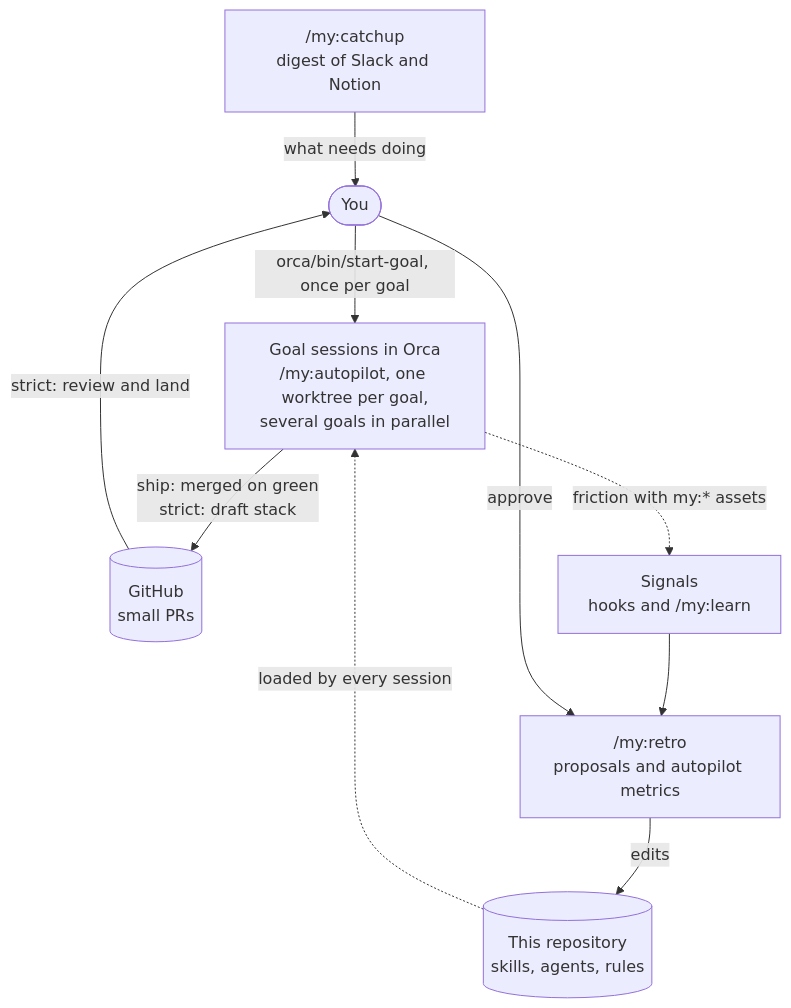
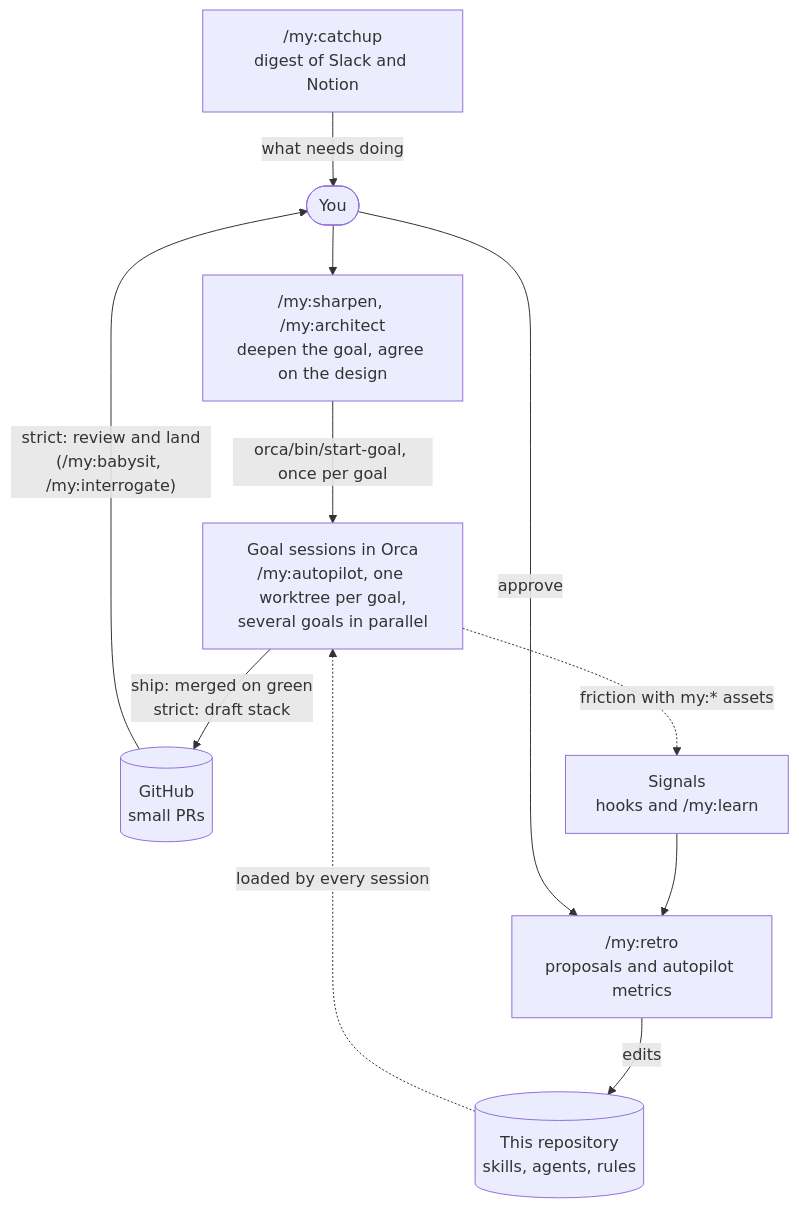
Before and after one commit to naoking158/custom-slash-command: the first of 2 diagrams in README.md, drawn with Mermaid. The commit also changed other lines of this file and 2 other files, not shown here.

````diff
--- a/README.md
+++ b/README.md
@@ -19,20 +22,23 @@
 ```mermaid
 flowchart TB
   catchup["/my:catchup<br/>digest of Slack and Notion"]
   you([You])
   goals["Goal sessions in Orca<br/>/my:autopilot, one worktree per goal,<br/>several goals in parallel"]
   gh[("GitHub<br/>small PRs")]
   signals["Signals<br/>hooks and /my:learn"]
   retro["/my:retro<br/>proposals and autopilot metrics"]
   toolkit[("This repository<br/>skills, agents, rules")]
 
+  sharpen["/my:sharpen, /my:architect<br/>deepen the goal, agree on the design"]
+
   catchup -->|what needs doing| you
-  you -->|"orca/bin/start-goal, once per goal"| goals
+  you --> sharpen
+  sharpen -->|"orca/bin/start-goal, once per goal"| goals
   goals -->|"ship: merged on green<br/>strict: draft stack"| gh
-  gh -->|strict: review and land| you
+  gh -->|"strict: review and land<br/>(/my:babysit, /my:interrogate)"| you
   goals -.->|friction with my:* assets| signals
   signals --> retro
   you -->|approve| retro
   retro -->|edits| toolkit
   toolkit -.->|loaded by every session| goals
 ```
````
